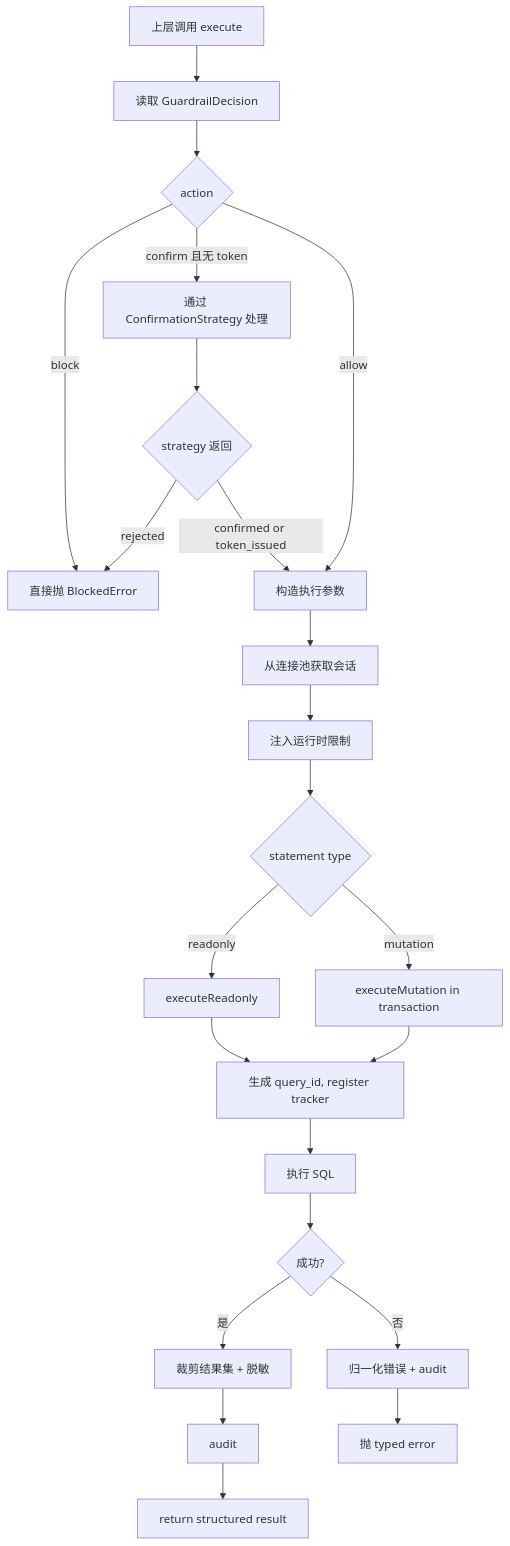
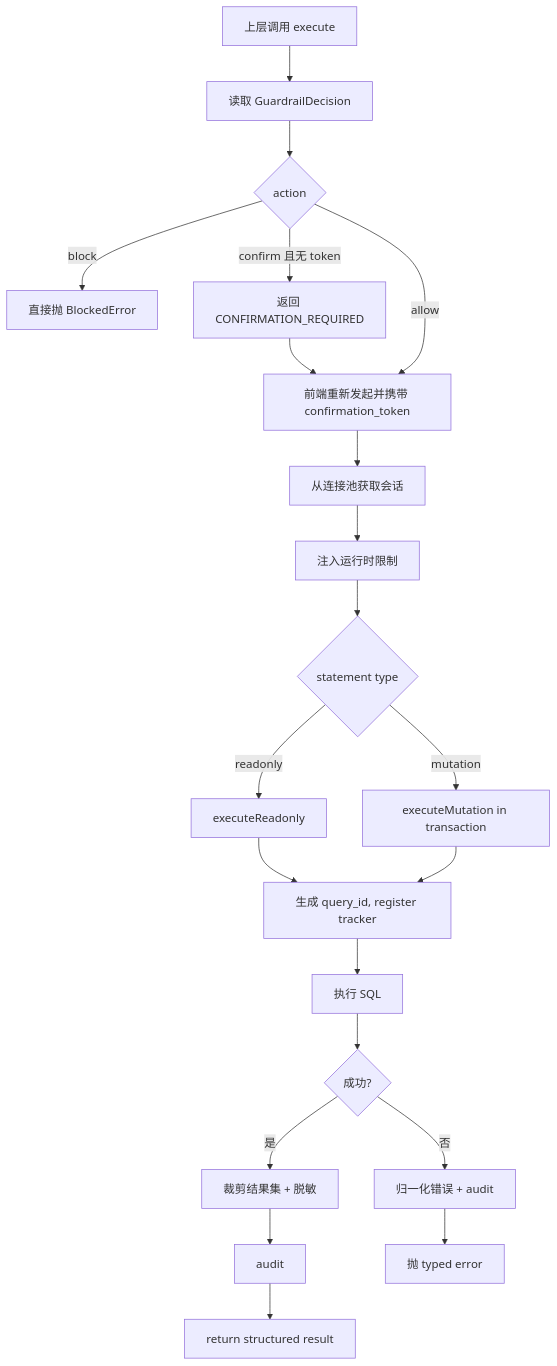
The fifth of 6 diagrams in docs/architecture.md (youweichen0208/taurus-mcp-server), drawn with Mermaid before and after one commit. The commit also changed other lines of this file and 35 other files, not shown here.

````diff
--- a/docs/architecture.md
+++ b/docs/architecture.md
@@ -664,25 +770,23 @@
 ```mermaid
 flowchart TB
   A[上层调用 execute] --> B[读取 GuardrailDecision]
   B --> C{action}
   C -->|block| D[直接抛 BlockedError]
-  C -->|confirm 且无 token| E[通过 ConfirmationStrategy 处理]
-  E --> F{strategy 返回}
-  F -->|rejected| D
-  F -->|confirmed or token_issued| G[构造执行参数]
+  C -->|confirm 且无 token| E[返回 CONFIRMATION_REQUIRED]
+  E --> G[前端重新发起并携带 confirmation_token]
   C -->|allow| G
   G --> H[从连接池获取会话]
   H --> I[注入运行时限制]
   I --> J{statement type}
   J -->|readonly| K[executeReadonly]
   J -->|mutation| L[executeMutation in transaction]
   K --> M[生成 query_id, register tracker]
   L --> M
   M --> N[执行 SQL]
   N --> O{成功?}
   O -->|否| P[归一化错误 + audit]
   O -->|是| Q[裁剪结果集 + 脱敏]
   Q --> R[audit]
   P --> S[抛 typed error]
   R --> T[return structured result]
 ```
````
